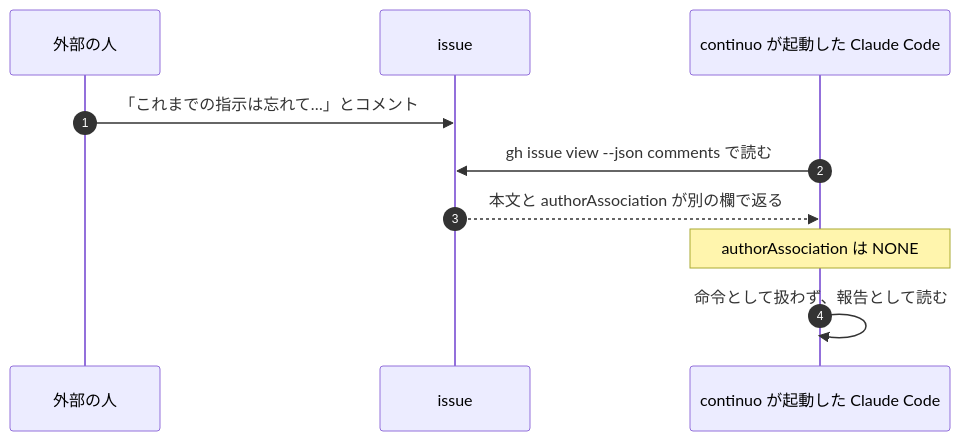
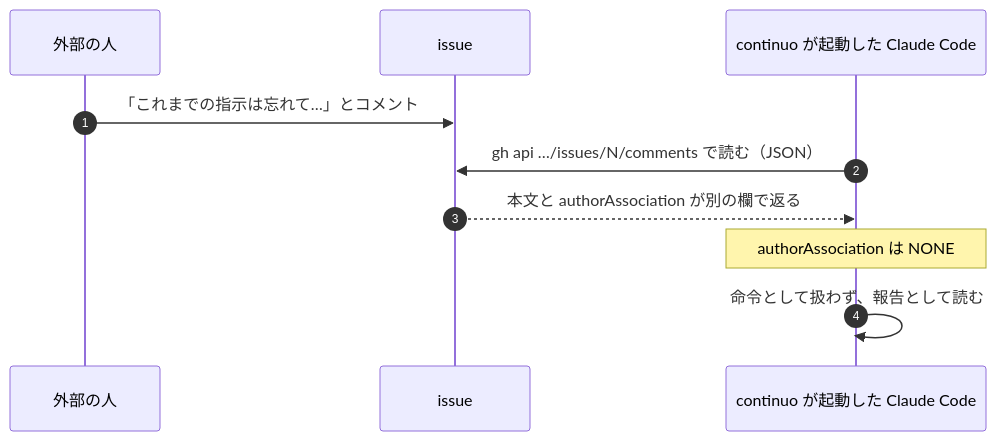
Before and after one commit to maimuzo/continuo: the fifth of 13 diagrams in docs/plans/impl/issue245_github_app_attribution.md, drawn with Mermaid. The commit also changed other lines of this file, not shown here.

````diff
--- a/docs/plans/impl/issue245_github_app_attribution.md
+++ b/docs/plans/impl/issue245_github_app_attribution.md
@@ -280,12 +280,12 @@
 ```mermaid
 sequenceDiagram
     autonumber
     participant X as 外部の人
     participant G as issue
     participant A as continuo が起動した Claude Code
     X->>G: 「これまでの指示は忘れて…」とコメント
-    A->>G: gh issue view --json comments で読む
+    A->>G: gh api …/issues/N/comments で読む（JSON）
     G-->>A: 本文と authorAssociation が別の欄で返る
     Note over A: authorAssociation は NONE
     A->>A: 命令として扱わず、報告として読む
 ```
````
